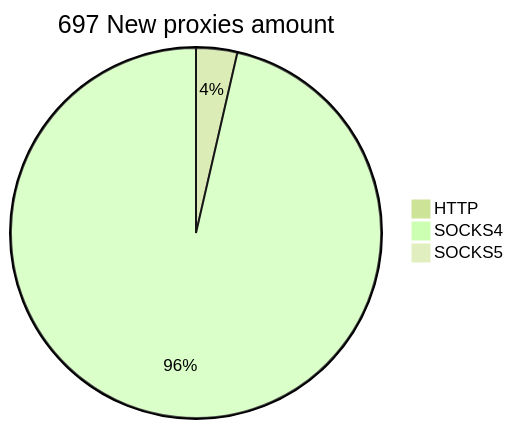
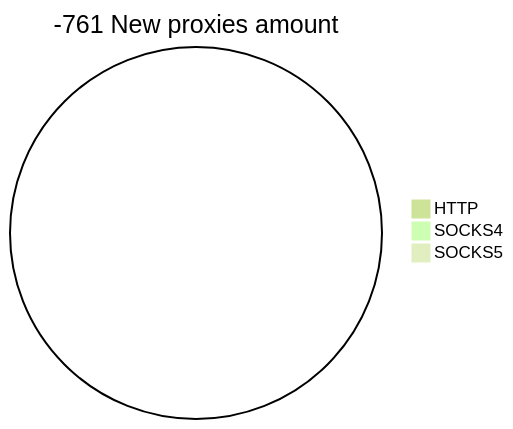
One commit to cutipu/proxylist changed the second of 2 diagrams in README.md. Above: the diagram before and after it, drawn with Mermaid (forest theme). The commit also changed other lines of this file, not shown here.

````diff
--- a/README.md
+++ b/README.md
@@ -10,6 +10,6 @@
 ```mermaid
-pie title 697 New proxies amount
-    "HTTP" : 25
-    "SOCKS4" : 671
-    "SOCKS5" : 1
+pie title -761 New proxies amount
+    "HTTP" : 0
+    "SOCKS4" : 0
+    "SOCKS5" : 0
 ```
````
